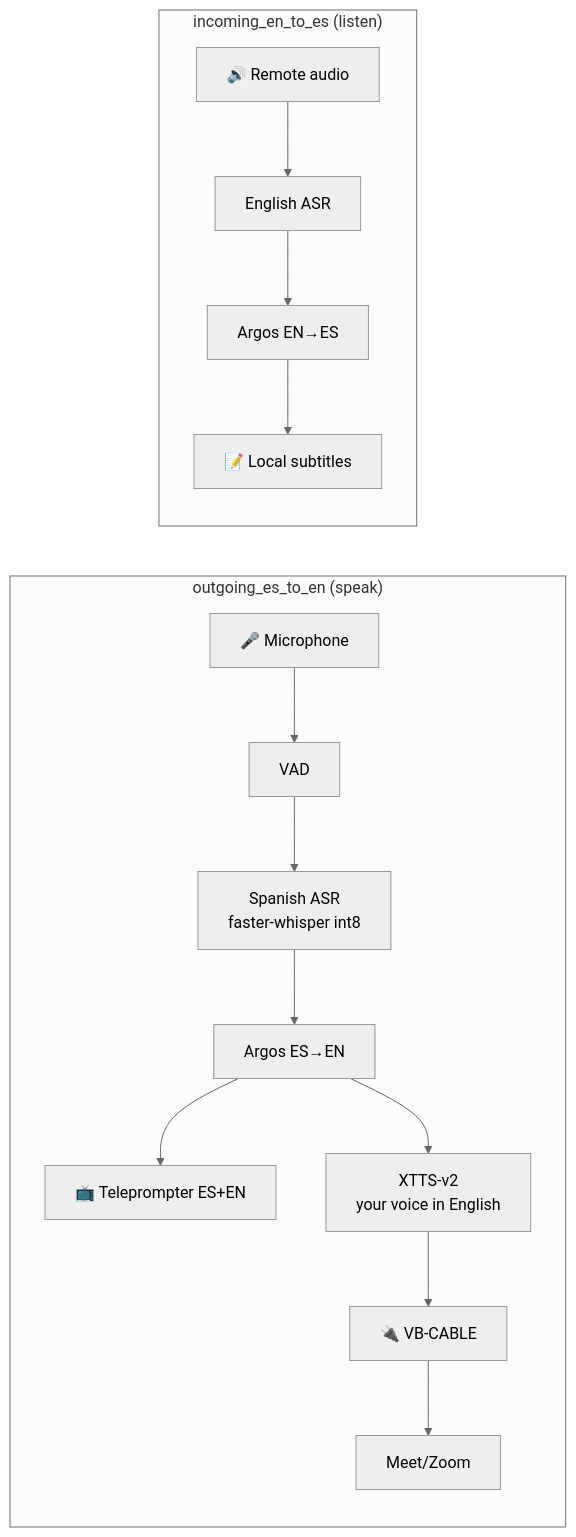
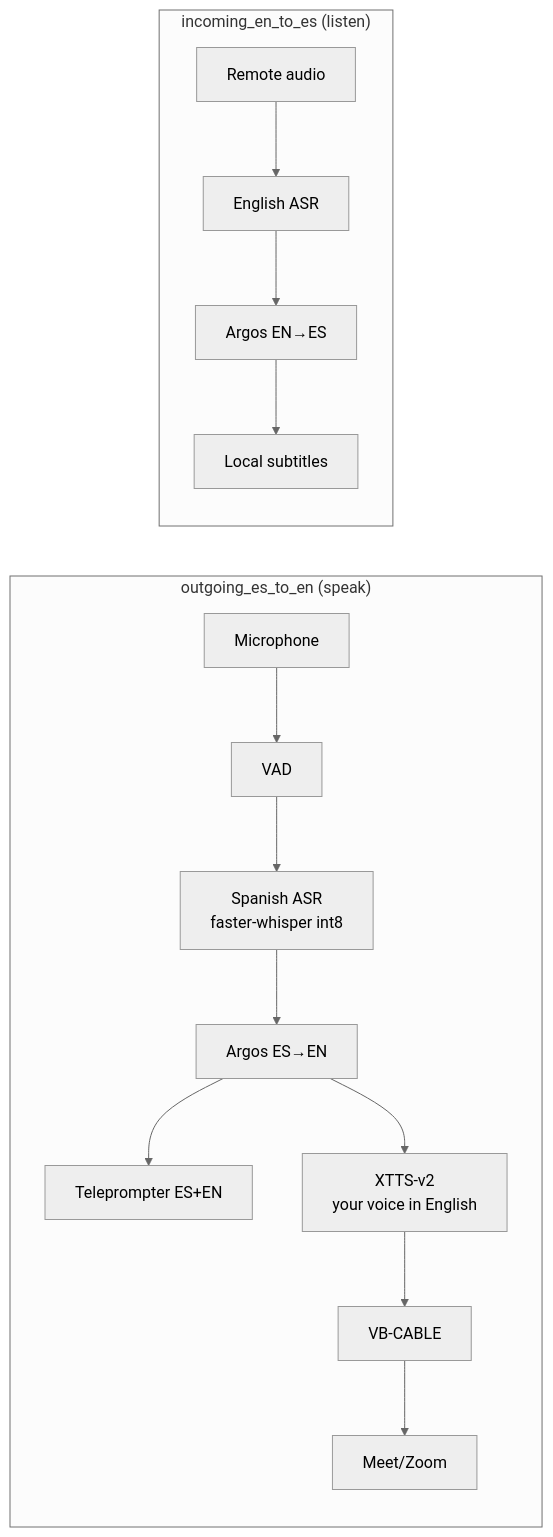
Before and after one commit to KevinGracianoL/realtime-voice-translator: the diagram in README.md, drawn with Mermaid (neutral theme). The commit also changed other lines of this file and 1 other file, not shown here.

````diff
--- a/README.md
+++ b/README.md
@@ -76,17 +75,17 @@
 ```mermaid
 flowchart LR
     subgraph OUT["outgoing_es_to_en (speak)"]
-        M1[🎤 Microphone] --> VAD[VAD]
+        M1[Microphone] --> VAD[VAD]
         VAD --> ASR[Spanish ASR<br/>faster-whisper int8]
         ASR --> TR[Argos ES→EN]
-        TR --> TP[📺 Teleprompter ES+EN]
+        TR --> TP[Teleprompter ES+EN]
         TR --> TTS[XTTS-v2<br/>your voice in English]
-        TTS --> CABLE[🔌 VB-CABLE]
+        TTS --> CABLE[VB-CABLE]
         CABLE --> MEET[Meet/Zoom]
     end
     subgraph IN["incoming_en_to_es (listen)"]
-        REM[🔊 Remote audio] --> ASREN[English ASR]
+        REM[Remote audio] --> ASREN[English ASR]
         ASREN --> TR2[Argos EN→ES]
-        TR2 --> SUB[📝 Local subtitles]
+        TR2 --> SUB[Local subtitles]
     end
 ```
````
